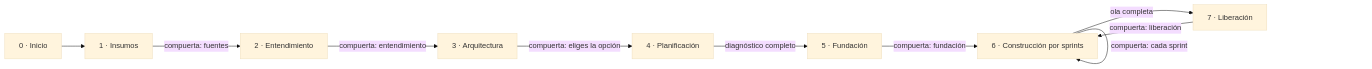
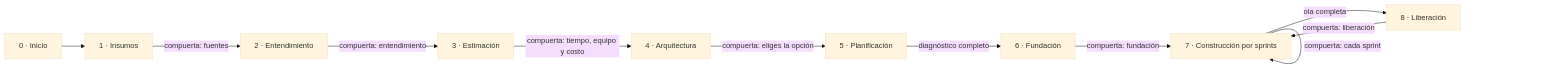
The diagram in README.es.md (gvaldesmty1/modernia), drawn with Mermaid (base theme) before and after one commit. The commit also changed other lines of this file and 17 other files, not shown here.

````diff
--- a/README.es.md
+++ b/README.es.md
@@ -32,12 +33,13 @@
 ```mermaid
 flowchart LR
   A[0 · Inicio] --> B[1 · Insumos]
   B -->|compuerta: fuentes| C[2 · Entendimiento]
-  C -->|compuerta: entendimiento| D[3 · Arquitectura]
-  D -->|compuerta: eliges la opción| E[4 · Planificación]
-  E -->|diagnóstico completo| F[5 · Fundación]
-  F -->|compuerta: fundación| G[6 · Construcción por sprints]
+  C -->|compuerta: entendimiento| X[3 · Estimación]
+  X -->|compuerta: tiempo, equipo y costo| D[4 · Arquitectura]
+  D -->|compuerta: eliges la opción| E[5 · Planificación]
+  E -->|diagnóstico completo| F[6 · Fundación]
+  F -->|compuerta: fundación| G[7 · Construcción por sprints]
   G -->|compuerta: cada sprint| G
-  G -->|ola completa| H[7 · Liberación]
+  G -->|ola completa| H[8 · Liberación]
   H -->|compuerta: liberación| G
 ```
````
